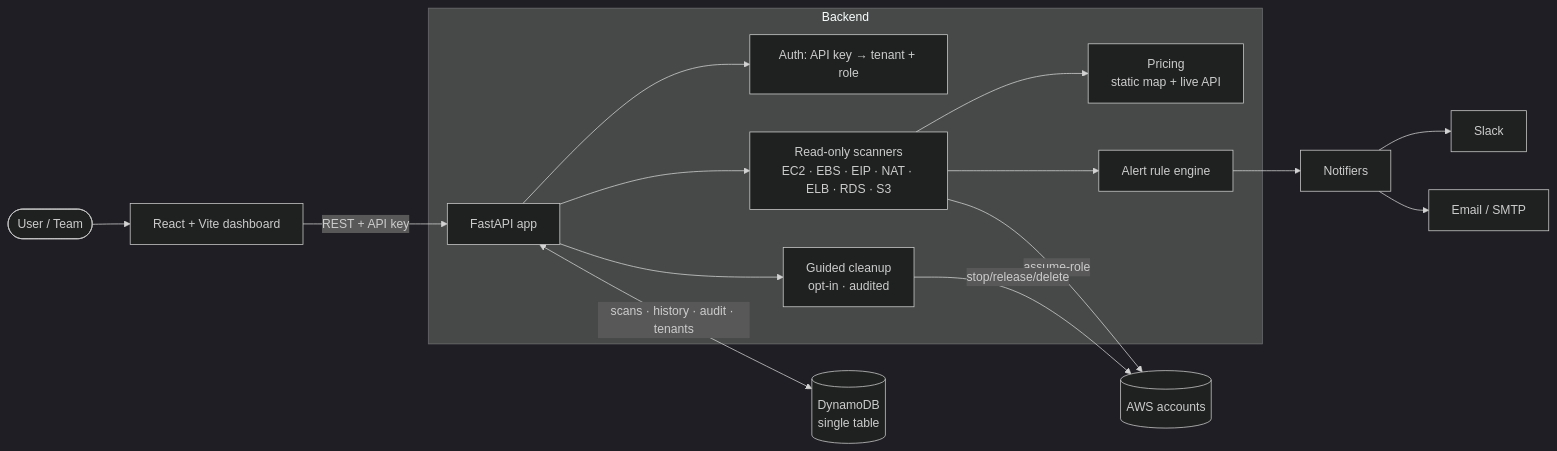
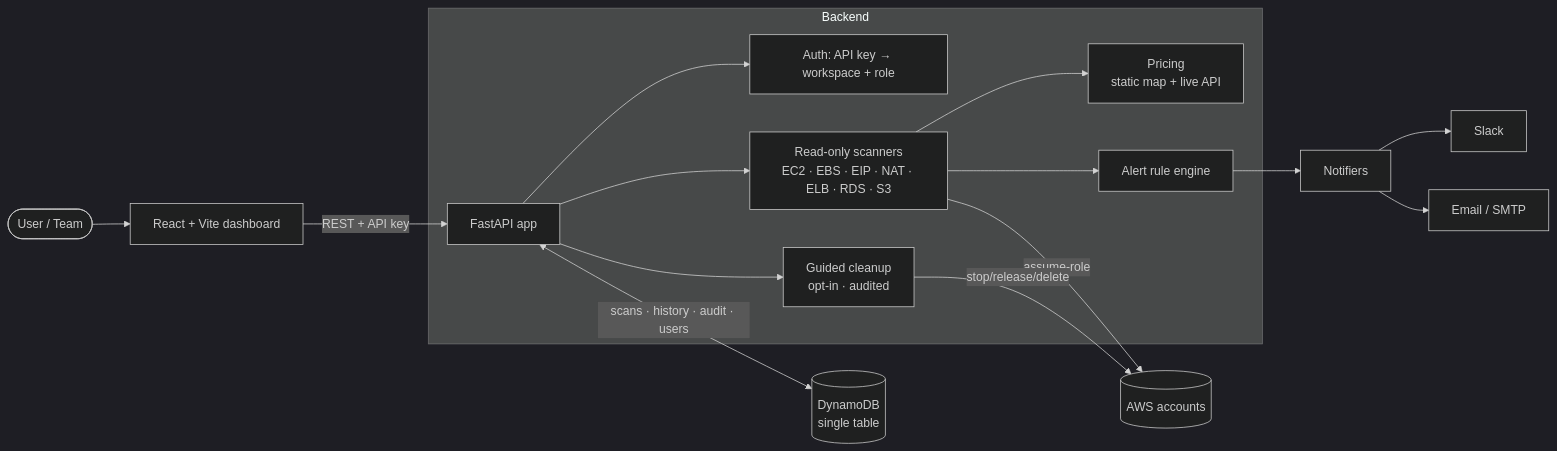
One commit to jaredf96/shut-it-down-aws changed the diagram in README.md. Above: the diagram before and after it, drawn with Mermaid (dark theme). The commit also changed other lines of this file and 32 other files, not shown here.

````diff
--- a/README.md
+++ b/README.md
@@ -122,20 +121,20 @@
 ```mermaid
 flowchart LR
     User([User / Team]) --> FE[React + Vite dashboard]
     FE -- REST + API key --> API[FastAPI app]
 
     subgraph Backend
-        API --> Auth[Auth: API key → tenant + role]
+        API --> Auth[Auth: API key → workspace + role]
         API --> Scanners[Read-only scanners<br/>EC2 · EBS · EIP · NAT · ELB · RDS · S3]
         Scanners --> Pricing[Pricing<br/>static map + live API]
         Scanners --> Alerts[Alert rule engine]
         API --> Cleanup[Guided cleanup<br/>opt-in · audited]
     end
 
     Scanners -- assume-role --> AWS[(AWS accounts)]
     Cleanup -- stop/release/delete --> AWS
-    API <-->|scans · history · audit · tenants| DB[(DynamoDB<br/>single table)]
+    API <-->|scans · history · audit · users| DB[(DynamoDB<br/>single table)]
     Alerts --> Notify[Notifiers]
     Notify --> Slack[Slack]
     Notify --> Email[Email / SMTP]
 ```
````
